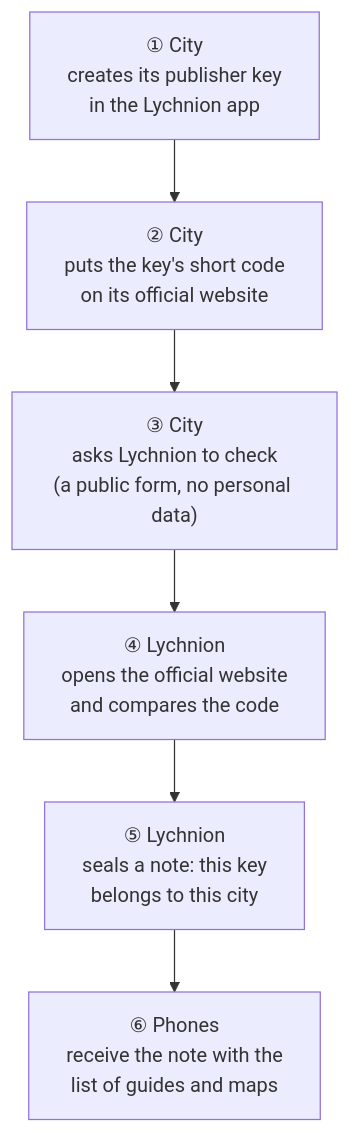
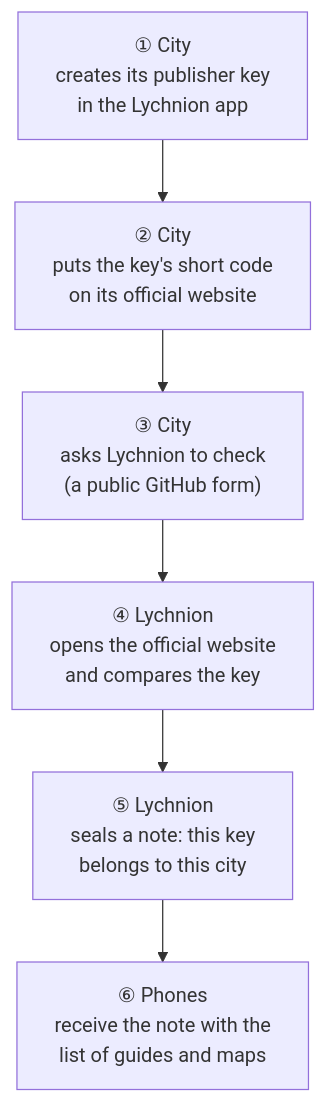
The first of 2 diagrams in docs/checked-publishers-explained.md (lychnion/lychnion), drawn with Mermaid before and after one commit. The commit also changed other lines of this file and 1 other file, not shown here.

````diff
--- a/docs/checked-publishers-explained.md
+++ b/docs/checked-publishers-explained.md
@@ -42,10 +47,10 @@
 ```mermaid
 flowchart TD
   s1["① City<br>creates its publisher key<br>in the Lychnion app"]
   s2["② City<br>puts the key's short code<br>on its official website"]
-  s3["③ City<br>asks Lychnion to check<br>(a public form, no personal data)"]
-  s4["④ Lychnion<br>opens the official website<br>and compares the code"]
+  s3["③ City<br>asks Lychnion to check<br>(a public GitHub form)"]
+  s4["④ Lychnion<br>opens the official website<br>and compares the key"]
   s5["⑤ Lychnion<br>seals a note: this key<br>belongs to this city"]
   s6["⑥ Phones<br>receive the note with the<br>list of guides and maps"]
   s1 --> s2 --> s3 --> s4 --> s5 --> s6
 ```
````
